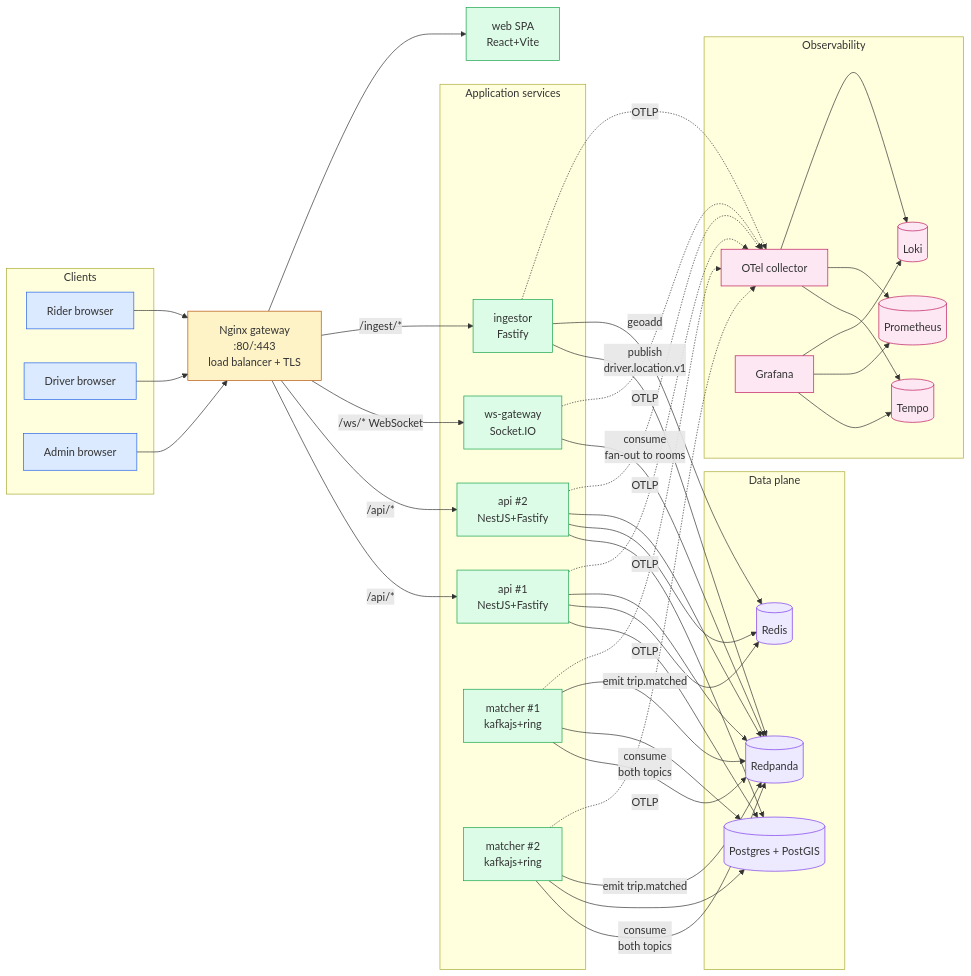
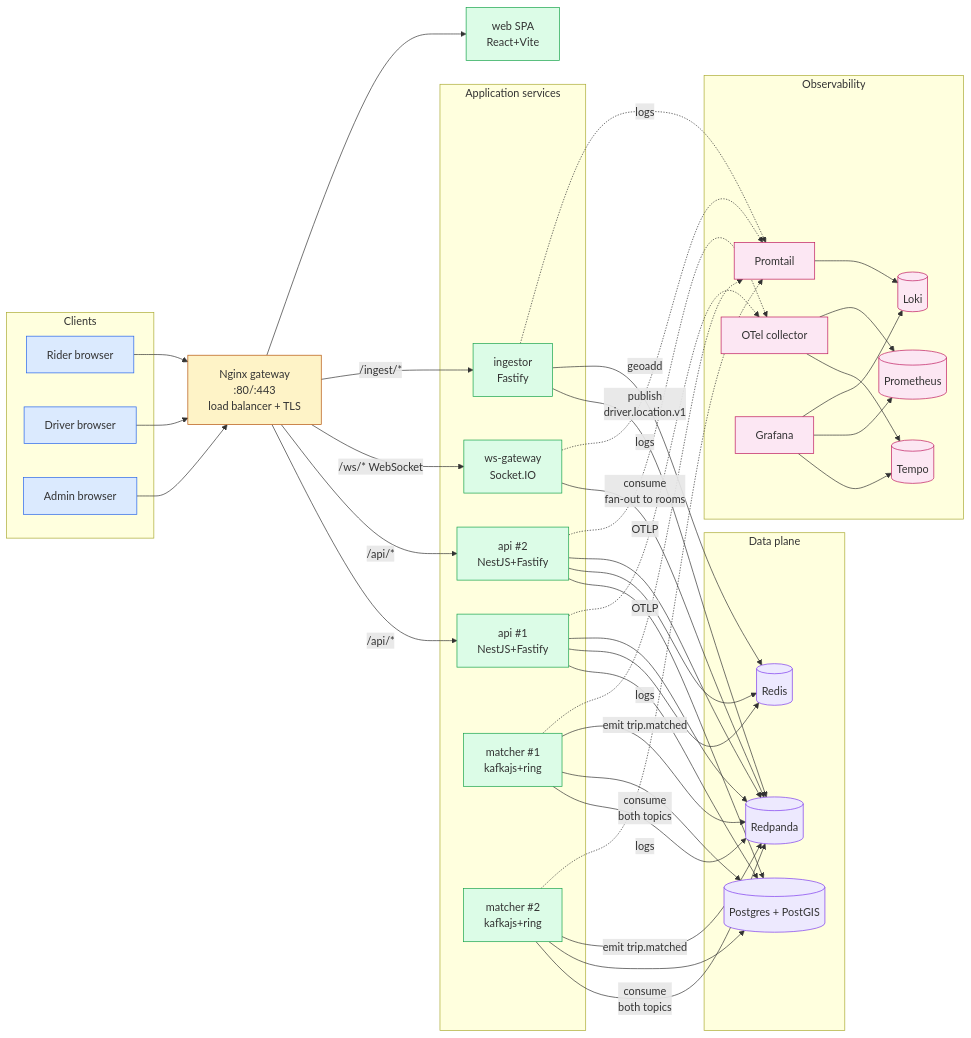
One commit to nmime/ride-hailing-iut changed the first of 6 diagrams in docs/architecture.md. Above: the diagram before and after it, drawn with Mermaid. The commit also changed other lines of this file and 12 other files, not shown here.

```diff
--- a/docs/architecture.md
+++ b/docs/architecture.md
@@ -32,6 +32,7 @@
 
   subgraph Obs[Observability]
     OT[OTel collector]:::obs
+    PT[Promtail]:::obs
     PR[(Prometheus)]:::obs
     LK[(Loki)]:::obs
     TP[(Tempo)]:::obs
@@ -69,14 +70,14 @@
 
   API1 -. OTLP .-> OT
   API2 -. OTLP .-> OT
-  WS   -. OTLP .-> OT
-  ING  -. OTLP .-> OT
-  M1   -. OTLP .-> OT
-  M2   -. OTLP .-> OT
+  WS   -. logs .-> PT
+  ING  -. logs .-> PT
+  M1   -. logs .-> PT
+  M2   -. logs .-> PT
 
   OT --> TP
   OT --> PR
-  OT --> LK
+  PT --> LK
   GF --> TP
   GF --> PR
   GF --> LK
```
